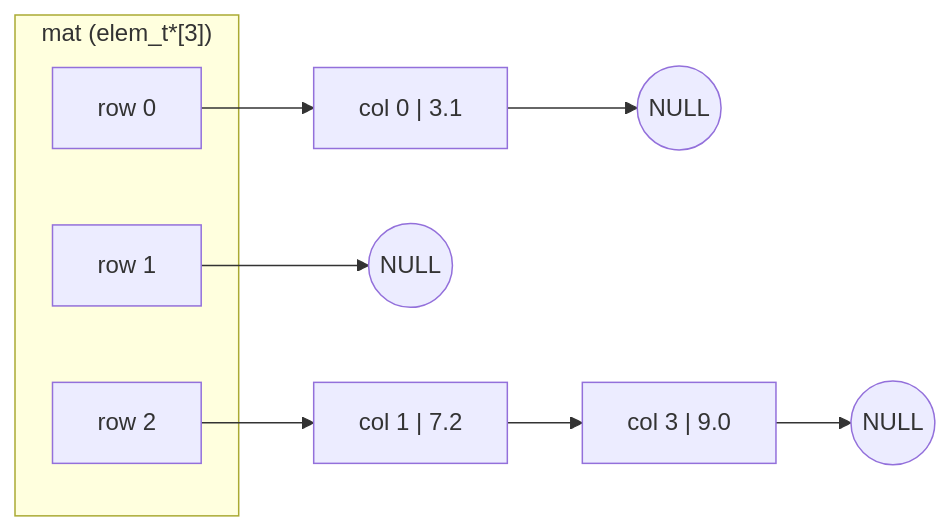
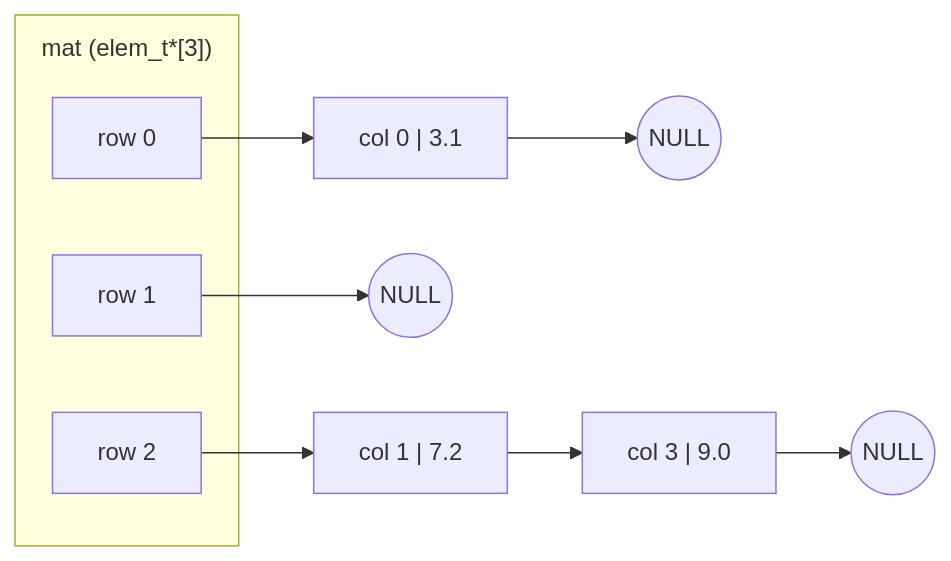
Before and after one commit to matteogiorgi/sparse: the first of 3 diagrams in README.md, drawn with Mermaid.

````diff
--- a/README.md
+++ b/README.md
@@ -45,11 +45,12 @@
 ```mermaid
+%%{init: {"flowchart": {"subGraphTitleMargin": {"top": 10, "bottom": 10}}}}%%
 flowchart LR
     subgraph mat["mat (elem_t*[3])"]
         r0["row 0"]
         r1["row 1"]
         r2["row 2"]
     end
     r0 --> e00["col 0 | 3.1"] --> n0(("NULL"))
     r1 --> n1(("NULL"))
     r2 --> e21["col 1 | 7.2"] --> e23["col 3 | 9.0"] --> n2(("NULL"))
 ```
````
